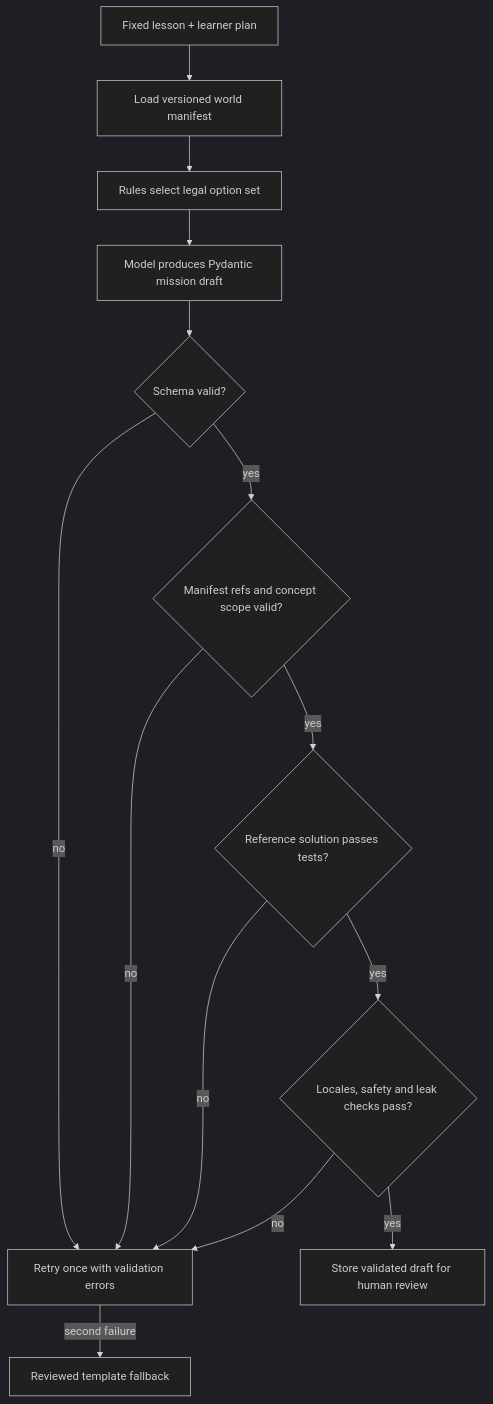
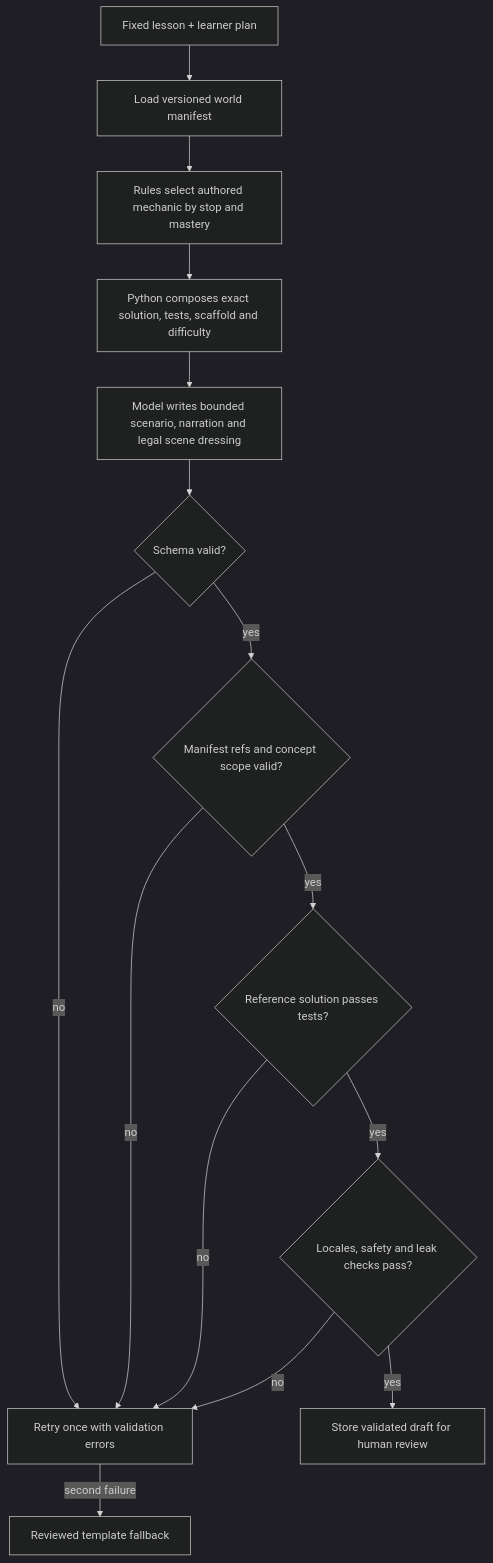
Before and after one commit to Victoris-5-0/TICO: the diagram in docs/08-ai-generation-and-companion.md, drawn with Mermaid (dark theme). The commit also changed other lines of this file and 109 other files, not shown here.

````diff
--- a/docs/08-ai-generation-and-companion.md
+++ b/docs/08-ai-generation-and-companion.md
@@ -28,16 +28,17 @@
 ```mermaid
 flowchart TD
     A[Fixed lesson + learner plan] --> B[Load versioned world manifest]
-    B --> C[Rules select legal option set]
-    C --> D[Model produces Pydantic mission draft]
+    B --> C[Rules select authored mechanic by stop and mastery]
+    C --> C2[Python composes exact solution, tests, scaffold and difficulty]
+    C2 --> D[Model writes bounded scenario, narration and legal scene dressing]
     D --> E{Schema valid?}
     E -->|no| R[Retry once with validation errors]
     E -->|yes| F{Manifest refs and concept scope valid?}
     F -->|no| R
     F -->|yes| G{Reference solution passes tests?}
     G -->|no| R
     G -->|yes| H{Locales, safety and leak checks pass?}
     H -->|no| R
     H -->|yes| I[Store validated draft for human review]
     R -->|second failure| J[Reviewed template fallback]
 ```
````
